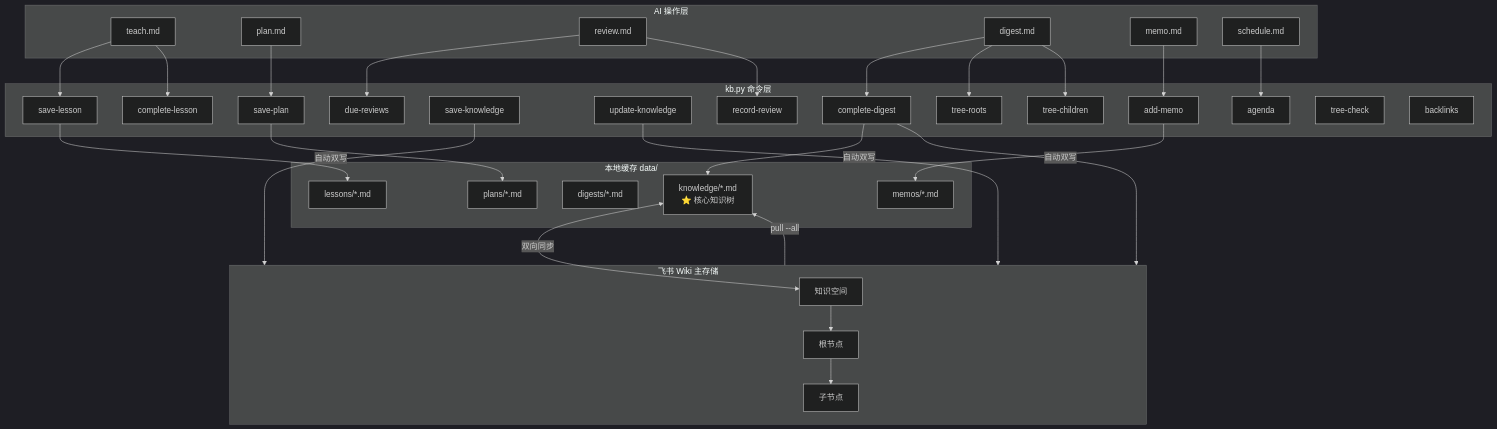
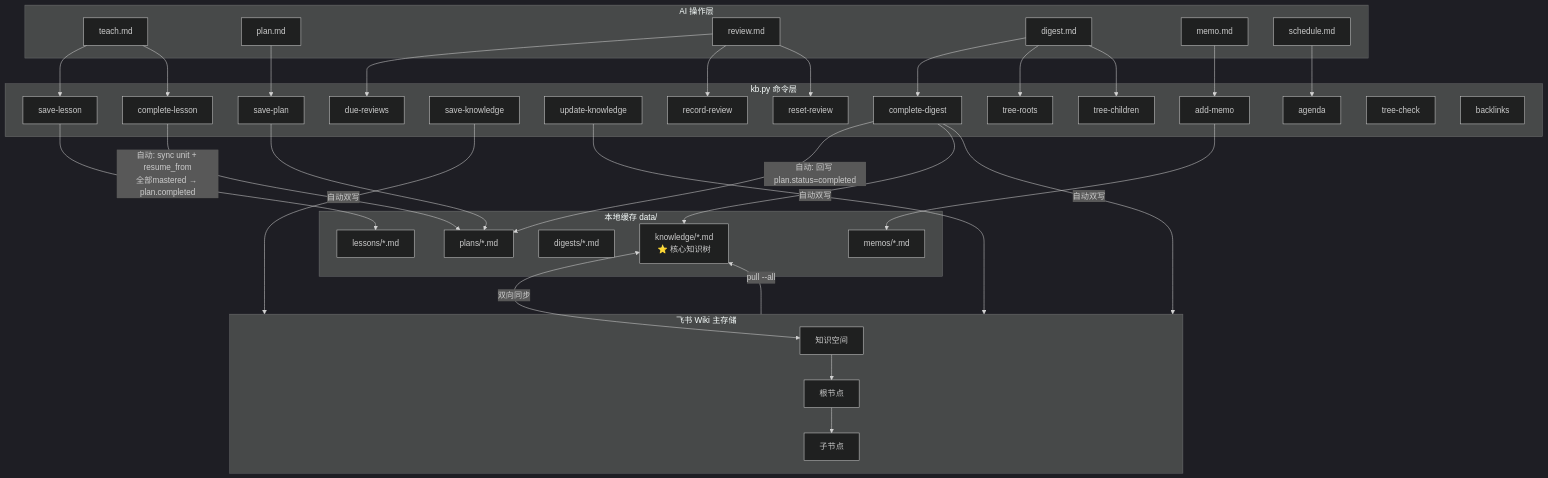
Before and after one commit to JuwayD/knowledge-system: the third of 8 diagrams in FLOWCHART.md, drawn with Mermaid (dark theme). The commit also changed other lines of this file and 4 other files, not shown here.

Commit message:
文档同步更新: FLOWCHART/README/CHANGELOG/SKILL/schedule 对齐生命周期改动

````diff
--- a/FLOWCHART.md
+++ b/FLOWCHART.md
@@ -71,60 +76,63 @@
 ```mermaid
 flowchart TB
     subgraph AI["AI 操作层"]
         AI_TEACH[teach.md]
         AI_PLAN[plan.md]
         AI_REVIEW[review.md]
         AI_DIGEST[digest.md]
         AI_MEMO[memo.md]
         AI_SCHEDULE[schedule.md]
     end
 
     subgraph CLI["kb.py 命令层"]
         C_SAVE_PLAN[save-plan]
         C_SAVE_LESSON[save-lesson]
         C_COMPLETE_LESSON[complete-lesson]
         C_COMPLETE_DIGEST[complete-digest]
         C_SAVE_KNOWLEDGE[save-knowledge]
         C_UPDATE_KNOWLEDGE[update-knowledge]
         C_DUE_REVIEWS[due-reviews]
         C_RECORD_REVIEW[record-review]
+        C_RESET_REVIEW[reset-review]
         C_ADD_MEMO[add-memo]
         C_AGENDA[agenda]
         C_TREE_ROOTS[tree-roots]
         C_TREE_CHILDREN[tree-children]
         C_TREE_CHECK[tree-check]
         C_BACKLINKS[backlinks]
     end
 
     subgraph LOCAL["本地缓存 data/"]
         D_PLANS["plans/*.md"]
         D_LESSONS["lessons/*.md"]
         D_DIGESTS["digests/*.md"]
         D_KNOWLEDGE["knowledge/*.md<br/>⭐ 核心知识树"]
         D_MEMOS["memos/*.md"]
     end
 
     subgraph FEISHU["飞书 Wiki 主存储"]
         F_SPACE["知识空间"]
         F_ROOT["根节点"]
         F_CHILD["子节点"]
         F_SPACE --> F_ROOT --> F_CHILD
     end
 
     AI_TEACH --> C_SAVE_LESSON --> D_LESSONS
-    AI_TEACH --> C_COMPLETE_LESSON
+    AI_TEACH -->     C_COMPLETE_LESSON -->|自动: sync unit + resume_from<br/>全部mastered → plan.completed| D_PLANS
+    C_COMPLETE_DIGEST -->|自动: 回写 plan.status=completed| D_PLANS
     AI_PLAN --> C_SAVE_PLAN --> D_PLANS
     AI_DIGEST --> C_COMPLETE_DIGEST --> D_KNOWLEDGE
     AI_REVIEW --> C_DUE_REVIEWS
     AI_REVIEW --> C_RECORD_REVIEW
+    AI_REVIEW --> C_RESET_REVIEW
     AI_MEMO --> C_ADD_MEMO --> D_MEMOS
     AI_SCHEDULE --> C_AGENDA
     AI_DIGEST --> C_TREE_ROOTS & C_TREE_CHILDREN
 
     C_COMPLETE_DIGEST -->|自动双写| FEISHU
     C_SAVE_KNOWLEDGE -->|自动双写| FEISHU
     C_UPDATE_KNOWLEDGE -->|自动双写| FEISHU
 
     FEISHU -->|pull --all| D_KNOWLEDGE
     D_KNOWLEDGE <-->|双向同步| F_SPACE
 ```
````
